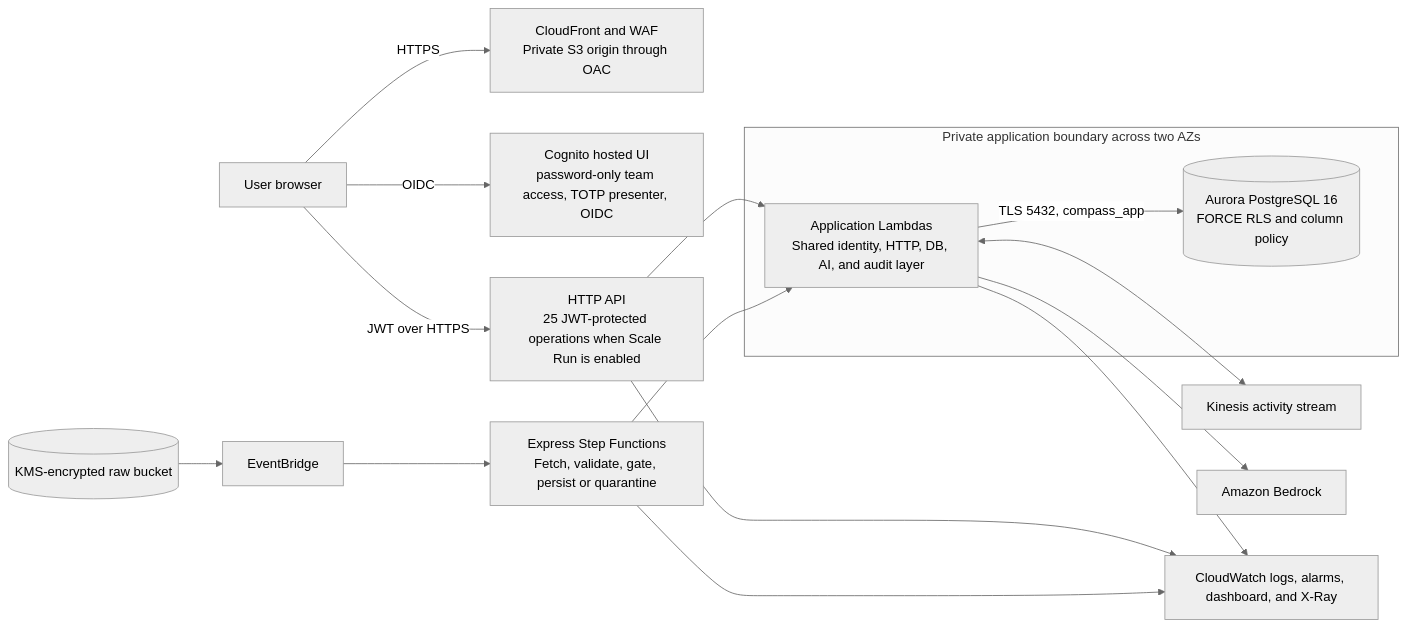
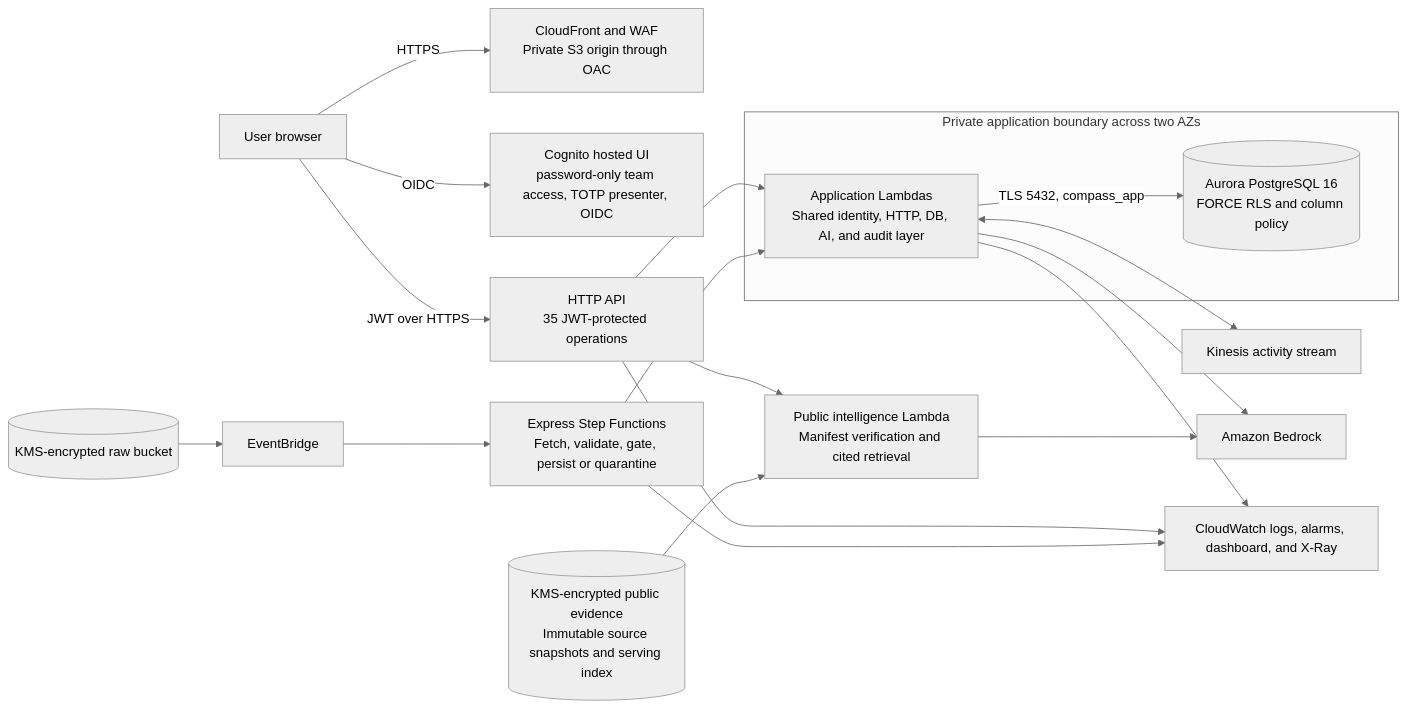
The first of 3 diagrams in docs/ARCHITECTURE.md (SatsyilCorp/compass-demo), drawn with Mermaid (neutral theme) before and after one commit. The commit also changed other lines of this file and 137 other files, not shown here.

Commit message:
Build governed public ONR intelligence pipeline

````diff
--- a/docs/ARCHITECTURE.md
+++ b/docs/ARCHITECTURE.md
@@ -14,31 +15,36 @@
 ```mermaid
 flowchart LR
   U["User browser"]
   CF["CloudFront and WAF\nPrivate S3 origin through OAC"]
   COG["Cognito hosted UI\npassword-only team access, TOTP presenter, OIDC"]
-  API["HTTP API\n25 JWT-protected operations when Scale Run is enabled"]
+  API["HTTP API\n35 JWT-protected operations"]
 
   subgraph VPC["Private application boundary across two AZs"]
     L["Application Lambdas\nShared identity, HTTP, DB, AI, and audit layer"]
     DB[("Aurora PostgreSQL 16\nFORCE RLS and column policy")]
     L -->|"TLS 5432, compass_app"| DB
   end
 
   RAW[("KMS-encrypted raw bucket")]
   EB["EventBridge"]
   SFN["Express Step Functions\nFetch, validate, gate, persist or quarantine"]
   KIN["Kinesis activity stream"]
   BR["Amazon Bedrock"]
+  PI["Public intelligence Lambda\nManifest verification and cited retrieval"]
+  PUB[("KMS-encrypted public evidence\nImmutable source snapshots and serving index")]
   CW["CloudWatch logs, alarms, dashboard, and X-Ray"]
 
   U -->|"HTTPS"| CF
   U -->|"OIDC"| COG
   U -->|"JWT over HTTPS"| API
   API --> L
   RAW --> EB --> SFN --> L
   L <--> KIN
   L --> BR
+  API --> PI
+  PUB --> PI
+  PI --> BR
   API --> CW
   L --> CW
   SFN --> CW
 ```
````
